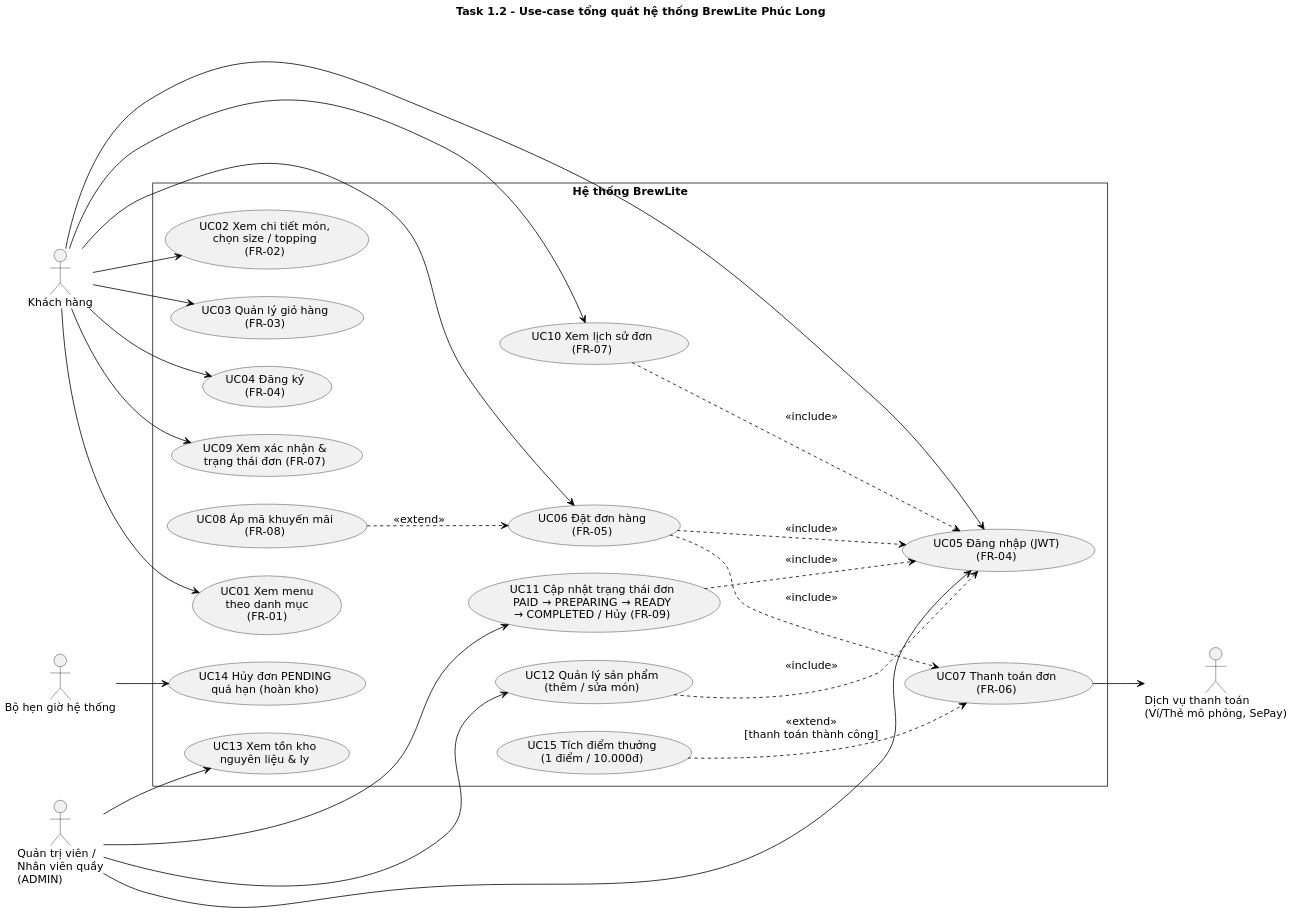
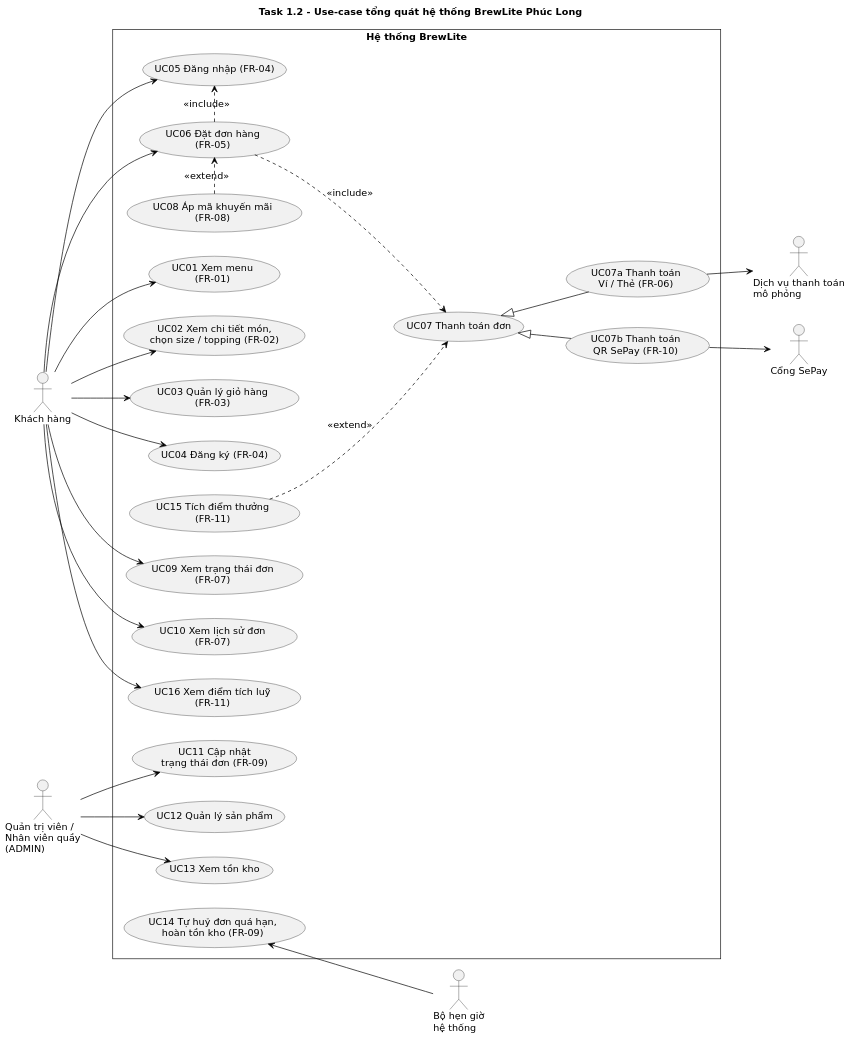
The diagram in docs/diagrams/Task1_2_UseCase.puml (Bao3Q/PhucLong), drawn with PlantUML before and after one commit. The commit also changed 27 other files, not shown here.

Commit message:
Sửa phân quyền đổi trạng thái đơn (FR-09) và vẽ lại sơ đồ cho khớp code

```diff
--- a/docs/diagrams/Task1_2_UseCase.puml
+++ b/docs/diagrams/Task1_2_UseCase.puml
@@ -1,62 +1,67 @@
-@startuml
+@startuml Task1_2_UseCase
 skinparam backgroundColor white
 skinparam monochrome true
 skinparam shadowing false
 skinparam roundCorner 0
 skinparam defaultFontName DejaVu Sans
 skinparam defaultFontSize 14
 skinparam ArrowColor black
-skinparam dpi 160
+skinparam dpi 140
 skinparam packageStyle rectangle
 left to right direction
 
 title Task 1.2 - Use-case tổng quát hệ thống BrewLite Phúc Long
 
 actor "Khách hàng" as KH
 actor "Quản trị viên /\nNhân viên quầy\n(ADMIN)" as AD
-actor "Dịch vụ thanh toán\n(Ví/Thẻ mô phỏng, SePay)" as PAY
-actor "Bộ hẹn giờ hệ thống" as TIMER
 
 rectangle "Hệ thống BrewLite" {
-  usecase "UC01 Xem menu\ntheo danh mục\n(FR-01)" as UC01
-  usecase "UC02 Xem chi tiết món,\nchọn size / topping\n(FR-02)" as UC02
+  usecase "UC01 Xem menu\n(FR-01)" as UC01
+  usecase "UC02 Xem chi tiết món,\nchọn size / topping (FR-02)" as UC02
   usecase "UC03 Quản lý giỏ hàng\n(FR-03)" as UC03
-  usecase "UC04 Đăng ký\n(FR-04)" as UC04
-  usecase "UC05 Đăng nhập (JWT)\n(FR-04)" as UC05
+  usecase "UC04 Đăng ký (FR-04)" as UC04
+  usecase "UC05 Đăng nhập (FR-04)" as UC05
+  usecase "UC08 Áp mã khuyến mãi\n(FR-08)" as UC08
   usecase "UC06 Đặt đơn hàng\n(FR-05)" as UC06
-  usecase "UC07 Thanh toán đơn\n(FR-06)" as UC07
-  usecase "UC08 Áp mã khuyến mãi\n(FR-08)" as UC08
-  usecase "UC09 Xem xác nhận &\ntrạng thái đơn (FR-07)" as UC09
+  usecase "UC07 Thanh toán đơn" as UC07
+  usecase "UC07a Thanh toán\nVí / Thẻ (FR-06)" as UC07a
+  usecase "UC07b Thanh toán\nQR SePay (FR-10)" as UC07b
+  usecase "UC15 Tích điểm thưởng\n(FR-11)" as UC15
+  usecase "UC09 Xem trạng thái đơn\n(FR-07)" as UC09
   usecase "UC10 Xem lịch sử đơn\n(FR-07)" as UC10
-  usecase "UC11 Cập nhật trạng thái đơn\nPAID → PREPARING → READY\n→ COMPLETED / Hủy (FR-09)" as UC11
-  usecase "UC12 Quản lý sản phẩm\n(thêm / sửa món)" as UC12
-  usecase "UC13 Xem tồn kho\nnguyên liệu & ly" as UC13
-  usecase "UC14 Hủy đơn PENDING\nquá hạn (hoàn kho)" as UC14
-  usecase "UC15 Tích điểm thưởng\n(1 điểm / 10.000đ)" as UC15
+  usecase "UC16 Xem điểm tích luỹ\n(FR-11)" as UC16
+  usecase "UC11 Cập nhật\ntrạng thái đơn (FR-09)" as UC11
+  usecase "UC12 Quản lý sản phẩm" as UC12
+  usecase "UC13 Xem tồn kho" as UC13
+  usecase "UC14 Tự huỷ đơn quá hạn,\nhoàn tồn kho (FR-09)" as UC14
 }
+
+actor "Dịch vụ thanh toán\nmô phỏng" as PAY
+actor "Cổng SePay" as SEPAY
+actor "Bộ hẹn giờ\nhệ thống" as TIMER
 
 KH --> UC01
 KH --> UC02
 KH --> UC03
 KH --> UC04
 KH --> UC05
 KH --> UC06
 KH --> UC09
 KH --> UC10
+KH --> UC16
 
-AD --> UC05
 AD --> UC11
 AD --> UC12
 AD --> UC13
 
-UC07 --> PAY
-TIMER --> UC14
+UC07a --> PAY
+UC07b --> SEPAY
+UC14 <-- TIMER
 
-UC06 ..> UC05 : <<include>>
+UC07 <|-- UC07a
+UC07 <|-- UC07b
+UC06 .> UC05 : <<include>>
 UC06 ..> UC07 : <<include>>
-UC08 ..> UC06 : <<extend>>
-UC15 ..> UC07 : <<extend>>\n[thanh toán thành công]
-UC11 ..> UC05 : <<include>>
-UC12 ..> UC05 : <<include>>
-UC10 ..> UC05 : <<include>>
+UC08 .> UC06 : <<extend>>
+UC15 ..> UC07 : <<extend>>
 @enduml
```
